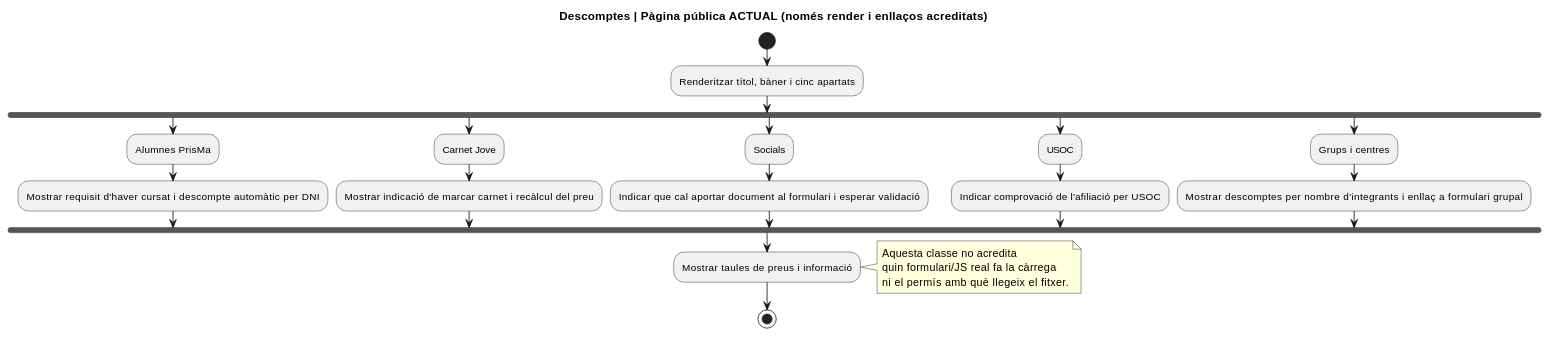
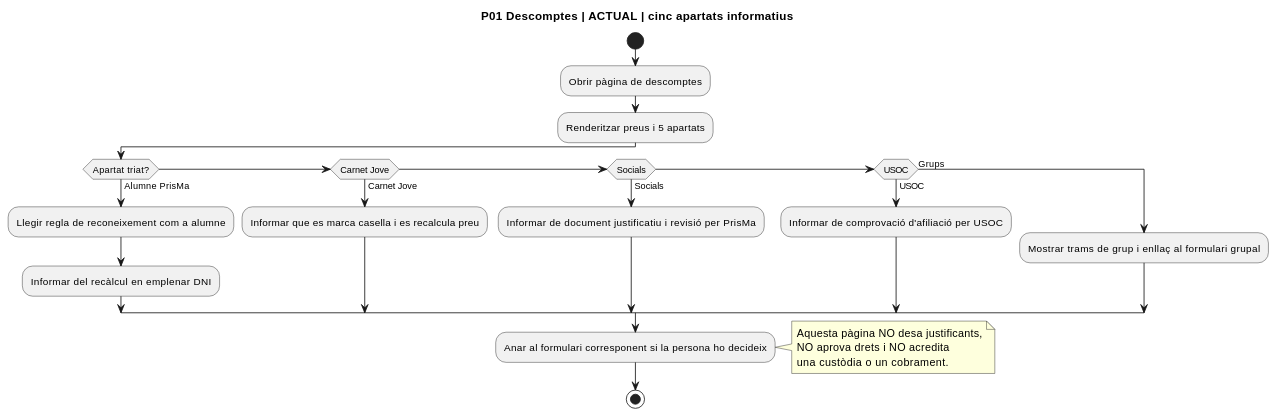
One commit to orgmeriemprismacat-del/verifactu changed the first of 10 diagrams in documentacio/07-uml-integrat/uc-116-activitats-pagines-justificants-actual-final.md. Above: the diagram before and after it, drawn with PlantUML. The commit also changed other lines of this file, not shown here.

Commit message:
docs: complete UC116 page activity diagrams with verified web form and intranet method

````diff
--- a/documentacio/07-uml-integrat/uc-116-activitats-pagines-justificants-actual-final.md
+++ b/documentacio/07-uml-integrat/uc-116-activitats-pagines-justificants-actual-final.md
@@ -11,30 +11,27 @@
 ```plantuml
 @startuml
-title Descomptes | Pàgina pública ACTUAL (només render i enllaços acreditats)
+title P01 Descomptes | ACTUAL | cinc apartats informatius
 start
-:Renderitzar títol, bàner i cinc apartats;
-fork
-  :Alumnes PrisMa;
-  :Mostrar requisit d'haver cursat i descompte automàtic per DNI;
-fork again
-  :Carnet Jove;
-  :Mostrar indicació de marcar carnet i recàlcul del preu;
-fork again
-  :Socials;
-  :Indicar que cal aportar document al formulari i esperar validació;
-fork again
-  :USOC;
-  :Indicar comprovació de l'afiliació per USOC;
-fork again
-  :Grups i centres;
-  :Mostrar descomptes per nombre d'integrants i enllaç a formulari grupal;
-end fork
-:Mostrar taules de preus i informació;
+:Obrir pàgina de descomptes;
+:Renderitzar preus i 5 apartats;
+if (Apartat triat?) then (Alumne PrisMa)
+ :Llegir regla de reconeixement com a alumne;
+ :Informar del recàlcul en emplenar DNI;
+elseif (Carnet Jove) then (Carnet Jove)
+ :Informar que es marca casella i es recalcula preu;
+elseif (Socials) then (Socials)
+ :Informar de document justificatiu i revisió per PrisMa;
+elseif (USOC) then (USOC)
+ :Informar de comprovació d'afiliació per USOC;
+else (Grups)
+ :Mostrar trams de grup i enllaç al formulari grupal;
+endif
+:Anar al formulari corresponent si la persona ho decideix;
 note right
-  Aquesta classe no acredita
-  quin formulari/JS real fa la càrrega
-  ni el permís amb què llegeix el fitxer.
+  Aquesta pàgina NO desa justificants,
+  NO aprova drets i NO acredita
+  una custòdia o un cobrament.
 end note
 stop
 @enduml
 ```
````
